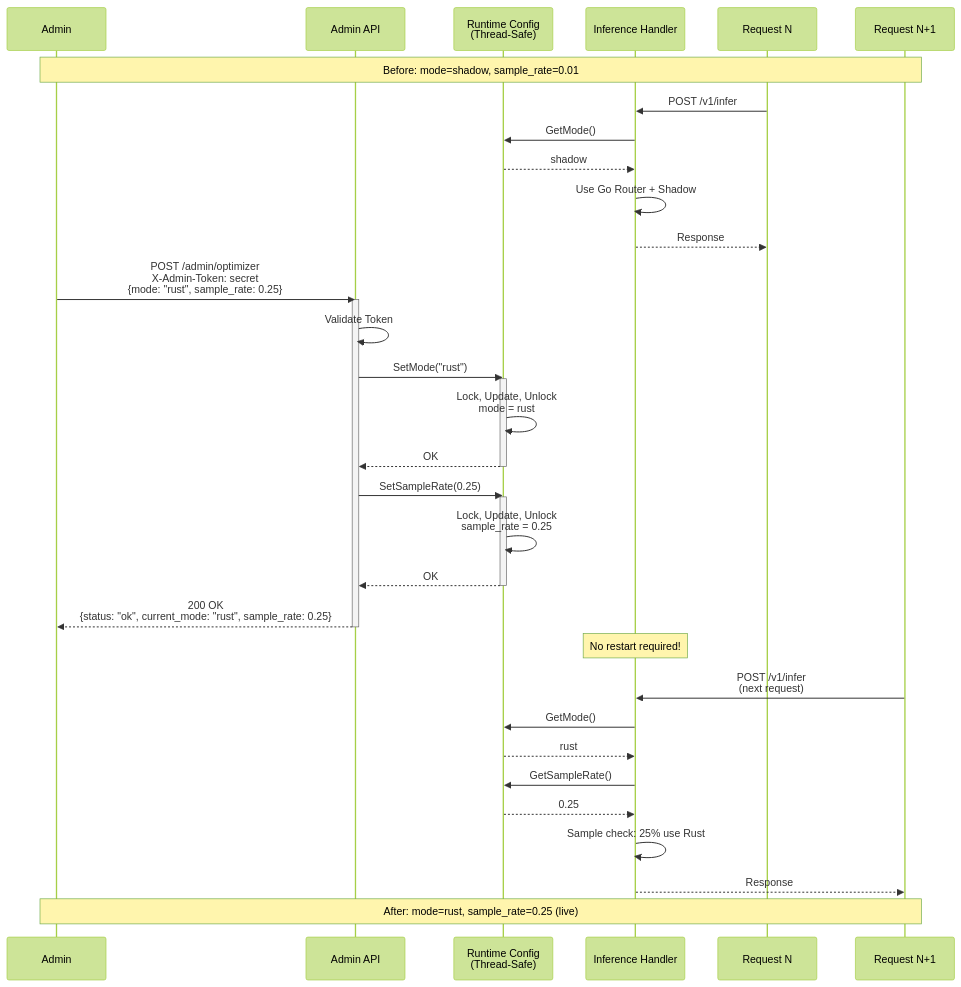
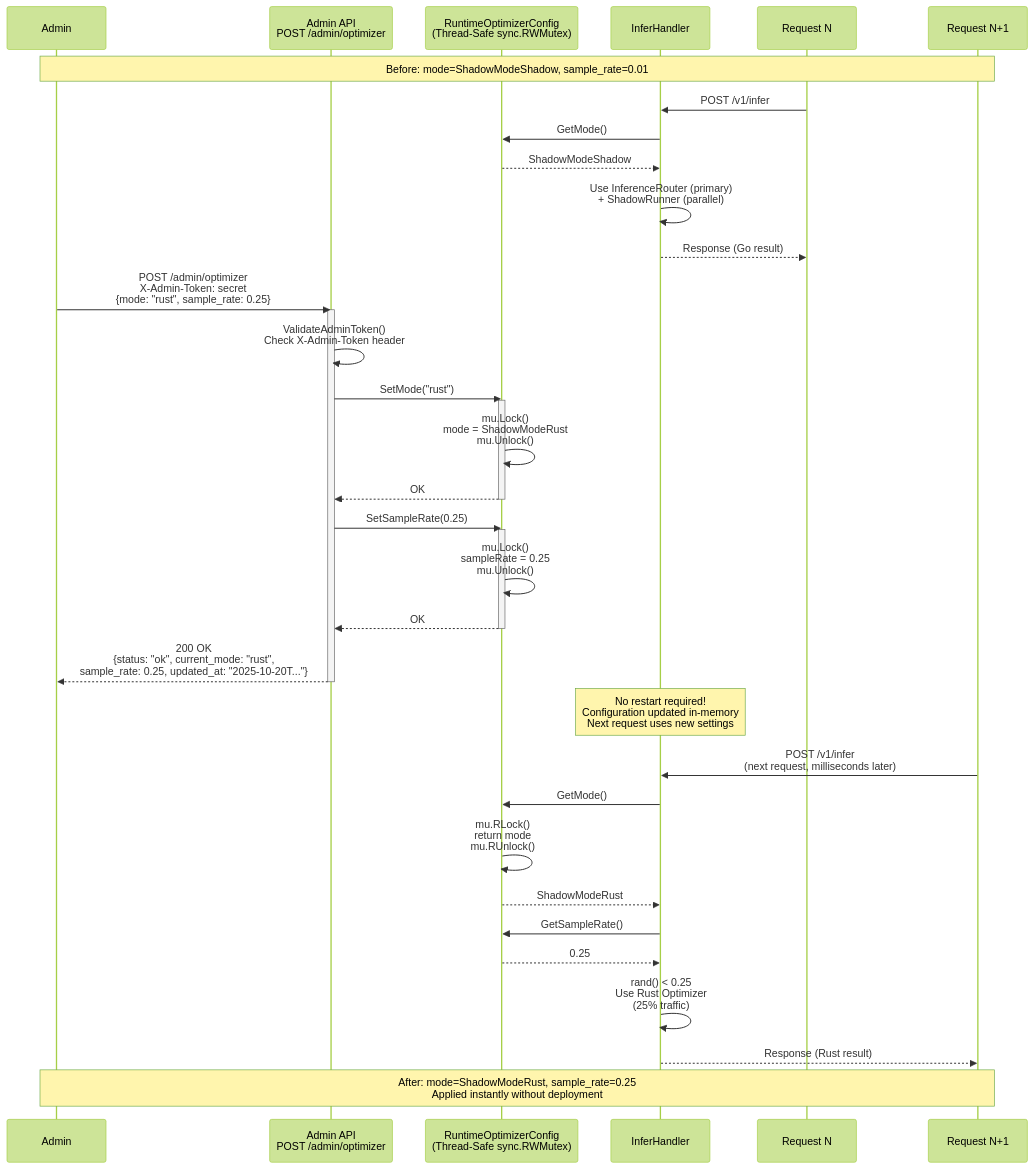
One commit to rapture-fx/igris changed the diagram in docs/diagrams/06-admin-control-plane.mmd. Above: the diagram before and after it, drawn with Mermaid (forest theme). The commit also changed 12 other files, not shown here.

```diff
--- a/docs/diagrams/06-admin-control-plane.mmd
+++ b/docs/diagrams/06-admin-control-plane.mmd
@@ -1,48 +1,52 @@
 %% Admin Control Plane: Hot-Reload Configuration
+%% Based on internal/config/runtime_optimizer_config.go
+%% Updated: 2025-10-20 - Synchronized with codebase
 
 sequenceDiagram
     participant A as Admin
-    participant API as Admin API
-    participant Config as Runtime Config<br/>(Thread-Safe)
-    participant Handler as Inference Handler
+    participant API as Admin API<br/>POST /admin/optimizer
+    participant RuntimeConfig as RuntimeOptimizerConfig<br/>(Thread-Safe sync.RWMutex)
+    participant InferHandler as InferHandler
     participant Req1 as Request N
     participant Req2 as Request N+1
 
-    Note over A,Req2: Before: mode=shadow, sample_rate=0.01
+    Note over A,Req2: Before: mode=ShadowModeShadow, sample_rate=0.01
 
-    Req1->>Handler: POST /v1/infer
-    Handler->>Config: GetMode()
-    Config-->>Handler: shadow
-    Handler->>Handler: Use Go Router + Shadow
-    Handler-->>Req1: Response
+    Req1->>InferHandler: POST /v1/infer
+    InferHandler->>RuntimeConfig: GetMode()
+    RuntimeConfig-->>InferHandler: ShadowModeShadow
+    InferHandler->>InferHandler: Use InferenceRouter (primary)<br/>+ ShadowRunner (parallel)
+    InferHandler-->>Req1: Response (Go result)
 
     A->>API: POST /admin/optimizer<br/>X-Admin-Token: secret<br/>{mode: "rust", sample_rate: 0.25}
     activate API
 
-    API->>API: Validate Token
-    API->>Config: SetMode("rust")
-    activate Config
-    Config->>Config: Lock, Update, Unlock<br/>mode = rust
-    Config-->>API: OK
-    deactivate Config
+    API->>API: ValidateAdminToken()<br/>Check X-Admin-Token header
 
-    API->>Config: SetSampleRate(0.25)
-    activate Config
-    Config->>Config: Lock, Update, Unlock<br/>sample_rate = 0.25
-    Config-->>API: OK
-    deactivate Config
+    API->>RuntimeConfig: SetMode("rust")
+    activate RuntimeConfig
+    RuntimeConfig->>RuntimeConfig: mu.Lock()<br/>mode = ShadowModeRust<br/>mu.Unlock()
+    RuntimeConfig-->>API: OK
+    deactivate RuntimeConfig
 
-    API-->>A: 200 OK<br/>{status: "ok", current_mode: "rust", sample_rate: 0.25}
+    API->>RuntimeConfig: SetSampleRate(0.25)
+    activate RuntimeConfig
+    RuntimeConfig->>RuntimeConfig: mu.Lock()<br/>sampleRate = 0.25<br/>mu.Unlock()
+    RuntimeConfig-->>API: OK
+    deactivate RuntimeConfig
+
+    API-->>A: 200 OK<br/>{status: "ok", current_mode: "rust",<br/>sample_rate: 0.25, updated_at: "2025-10-20T..."}
     deactivate API
 
-    Note over Handler: No restart required!
+    Note over InferHandler: No restart required!<br/>Configuration updated in-memory<br/>Next request uses new settings
 
-    Req2->>Handler: POST /v1/infer<br/>(next request)
-    Handler->>Config: GetMode()
-    Config-->>Handler: rust
-    Handler->>Config: GetSampleRate()
-    Config-->>Handler: 0.25
-    Handler->>Handler: Sample check: 25% use Rust
-    Handler-->>Req2: Response
+    Req2->>InferHandler: POST /v1/infer<br/>(next request, milliseconds later)
+    InferHandler->>RuntimeConfig: GetMode()
+    RuntimeConfig->>RuntimeConfig: mu.RLock()<br/>return mode<br/>mu.RUnlock()
+    RuntimeConfig-->>InferHandler: ShadowModeRust
+    InferHandler->>RuntimeConfig: GetSampleRate()
+    RuntimeConfig-->>InferHandler: 0.25
+    InferHandler->>InferHandler: rand() < 0.25<br/>Use Rust Optimizer<br/>(25% traffic)
+    InferHandler-->>Req2: Response (Rust result)
 
-    Note over A,Req2: After: mode=rust, sample_rate=0.25 (live)
+    Note over A,Req2: After: mode=ShadowModeRust, sample_rate=0.25<br/>Applied instantly without deployment
```
